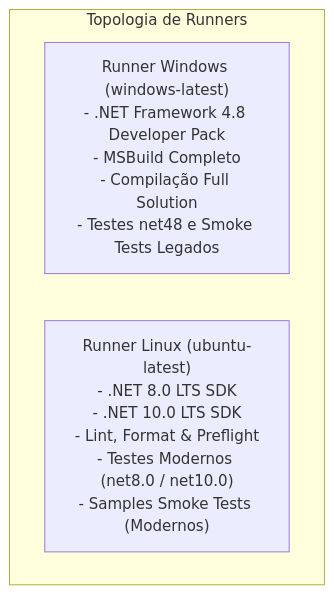
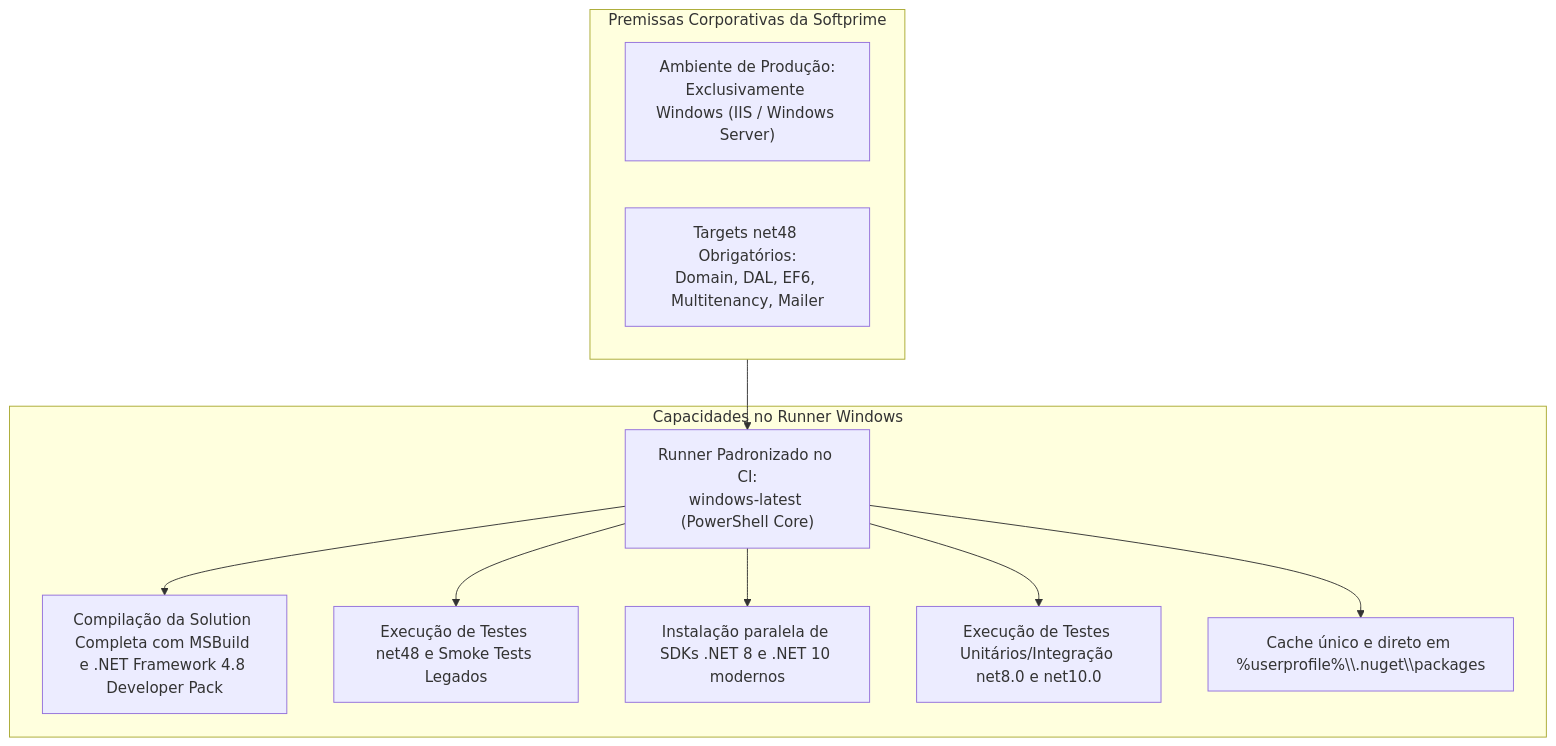
The first of 3 diagrams in docs/ci-pipeline-spec.md (softprime/Softprime.Framework), drawn with Mermaid before and after one commit. The commit also changed other lines of this file and 2 other files, not shown here.

Commit message:
docs(ci): simplificar pipeline de CI para topologia unificada 100% Windows (#8)

````diff
--- a/docs/ci-pipeline-spec.md
+++ b/docs/ci-pipeline-spec.md
@@ -32,7 +32,17 @@
 ```mermaid
 flowchart TD
-    subgraph MatrixStrategy ["Topologia de Runners"]
-        WinRunner["Runner Windows (windows-latest)\n- .NET Framework 4.8 Developer Pack\n- MSBuild Completo\n- Compilação Full Solution\n- Testes net48 e Smoke Tests Legados"]
-        LinuxRunner["Runner Linux (ubuntu-latest)\n- .NET 8.0 LTS SDK\n- .NET 10.0 LTS SDK\n- Lint, Format & Preflight\n- Testes Modernos (net8.0 / net10.0)\n- Samples Smoke Tests (Modernos)"]
+    subgraph DecisionContext ["Premissas Corporativas da Softprime"]
+        Prod["Ambiente de Produção:\nExclusivamente Windows (IIS / Windows Server)"]
+        Net48["Targets net48 Obrigatórios:\nDomain, DAL, EF6, Multitenancy, Mailer"]
+    end
+
+    DecisionContext --> UnifiedRunner["Runner Padronizado no CI:\nwindows-latest (PowerShell Core)"]
+
+    subgraph Capabilities ["Capacidades no Runner Windows"]
+        UnifiedRunner --> Cap1[Compilação da Solution Completa com MSBuild e .NET Framework 4.8 Developer Pack]
+        UnifiedRunner --> Cap2[Execução de Testes net48 e Smoke Tests Legados]
+        UnifiedRunner --> Cap3[Instalação paralela de SDKs .NET 8 e .NET 10 modernos]
+        UnifiedRunner --> Cap4[Execução de Testes Unitários/Integração net8.0 e net10.0]
+        UnifiedRunner --> Cap5[Cache único e direto em %userprofile%\\.nuget\\packages]
     end
 ```
````
